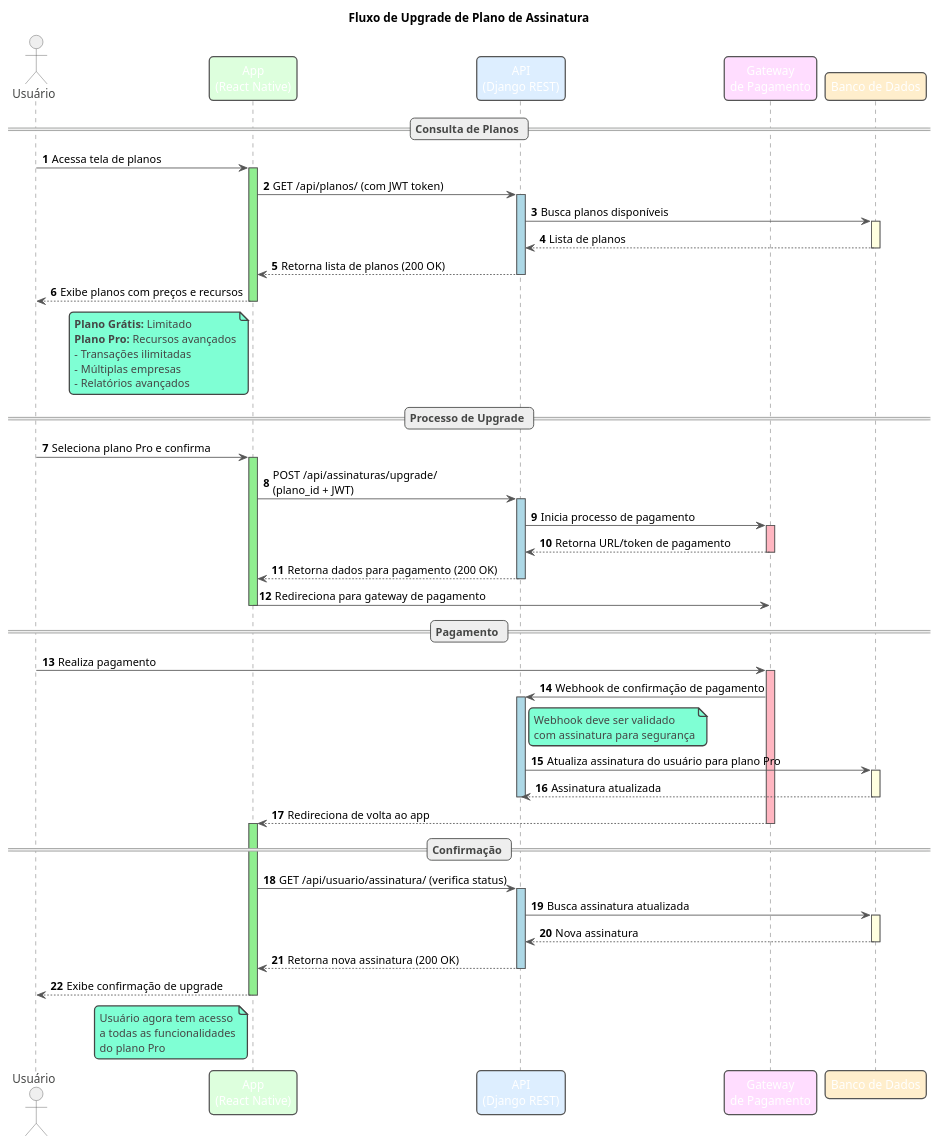
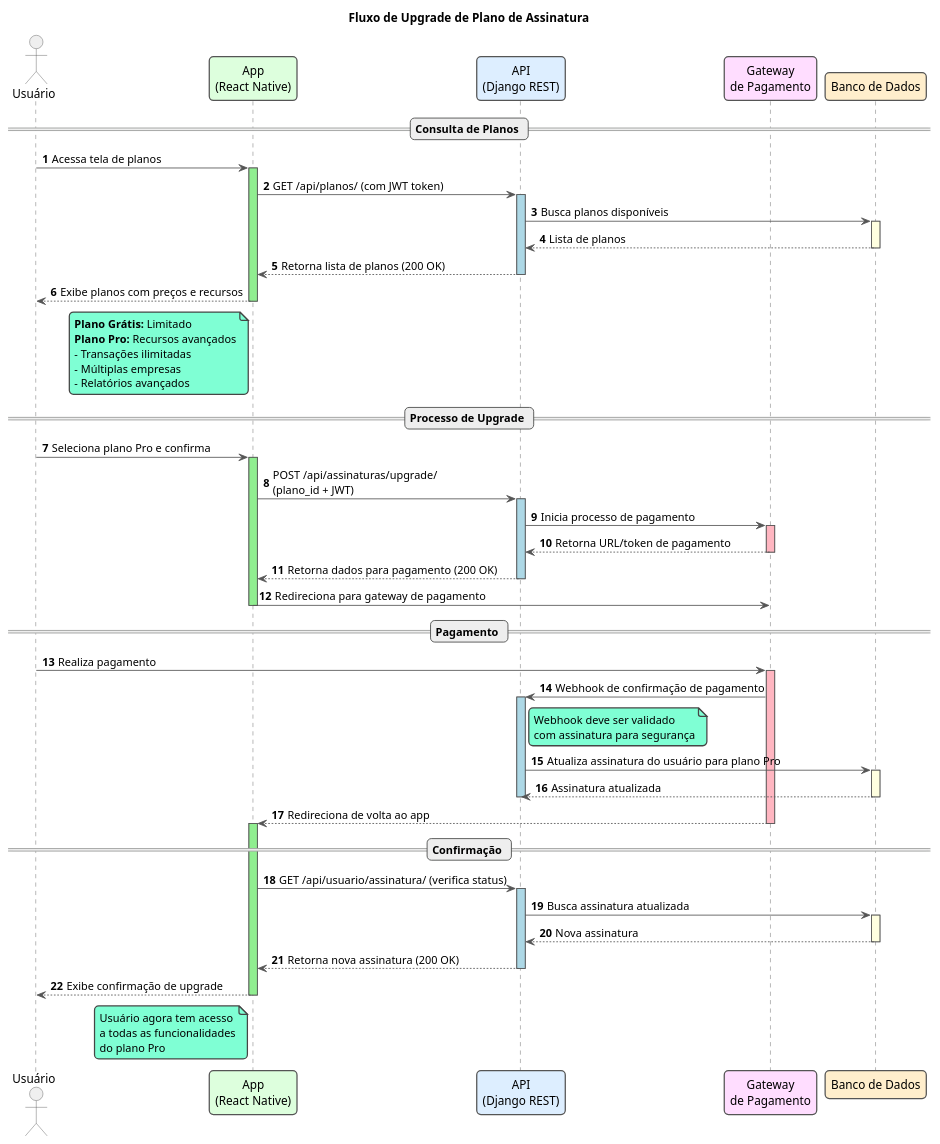
Before and after one commit to vinicius00franco/doc-es3-gestao-empresas-financeiro: the diagram in docs/sequence-diagrams/subscriptions/plan-upgrade.puml, drawn with PlantUML. The commit also changed 6 other files, not shown here.

Commit message:
Enhance database model and sequence diagrams with improved structure and visual clarity; add README for documentation.

```diff
--- a/docs/sequence-diagrams/subscriptions/plan-upgrade.puml
+++ b/docs/sequence-diagrams/subscriptions/plan-upgrade.puml
@@ -1,116 +1,121 @@
 @startuml
 ' Título do Diagrama
 title Fluxo de Upgrade de Plano de Assinatura
 
 ' Configurações de Aparência para um visual mais limpo e moderno
 !theme vibrant
 skinparam sequence {
     ArrowColor #555555
     ActorBorderColor #555555
     LifeLineBorderColor #555555
     ParticipantBorderColor #555555
     BoxBorderColor #555555
     
     ParticipantBackgroundColor #F8F8F8
     ActorBackgroundColor #EFEFEF
+    ParticipantFontColor #000000
+    ActorFontColor #000000
+    NoteFontColor #000000
+    FontColor #000000
 }
 skinparam roundcorner 10
 skinparam shadowing false
+skinparam defaultFontColor #000000
 autonumber
 
 ' Declaração dos Participantes com cores distintas para fácil identificação
 actor "Usuário" as User
 participant "App\n(React Native)" as App #DDFFDD
 participant "API\n(Django REST)" as API #DDEEFF
 participant "Gateway\nde Pagamento" as Payment #FFDDFF
 participant "Banco de Dados" as DB #FFEECC
 
 == Consulta de Planos ==
 
 User -> App: Acessa tela de planos
 activate App #lightgreen
 
 App -> API: GET /api/planos/ (com JWT token)
 activate API #lightblue
 
 API -> DB: Busca planos disponíveis
 activate DB #lightyellow
 DB --> API: Lista de planos
 deactivate DB
 
 API --> App: Retorna lista de planos (200 OK)
 deactivate API
 
 App --> User: Exibe planos com preços e recursos
 note left of App
     **Plano Grátis:** Limitado
     **Plano Pro:** Recursos avançados
     - Transações ilimitadas
     - Múltiplas empresas
     - Relatórios avançados
 end note
 deactivate App
 
 == Processo de Upgrade ==
 
 User -> App: Seleciona plano Pro e confirma
 activate App #lightgreen
 
 App -> API: POST /api/assinaturas/upgrade/\n(plano_id + JWT)
 activate API #lightblue
 
 API -> Payment: Inicia processo de pagamento
 activate Payment #lightpink
 Payment --> API: Retorna URL/token de pagamento
 deactivate Payment
 
 API --> App: Retorna dados para pagamento (200 OK)
 deactivate API
 
 App -> Payment: Redireciona para gateway de pagamento
 deactivate App
 
 == Pagamento ==
 
 User -> Payment: Realiza pagamento
 activate Payment #lightpink
 
 Payment -> API: Webhook de confirmação de pagamento
 activate API #lightblue
 note right of API
     Webhook deve ser validado
     com assinatura para segurança
 end note
 
 API -> DB: Atualiza assinatura do usuário para plano Pro
 activate DB #lightyellow
 DB --> API: Assinatura atualizada
 deactivate DB
 deactivate API
 
 Payment --> App: Redireciona de volta ao app
 deactivate Payment
 activate App #lightgreen
 
 == Confirmação ==
 
 App -> API: GET /api/usuario/assinatura/ (verifica status)
 activate API #lightblue
 
 API -> DB: Busca assinatura atualizada
 activate DB #lightyellow
 DB --> API: Nova assinatura
 deactivate DB
 
 API --> App: Retorna nova assinatura (200 OK)
 deactivate API
 
 App --> User: Exibe confirmação de upgrade
 note left of App
     Usuário agora tem acesso
     a todas as funcionalidades
     do plano Pro
 end note
 deactivate App
 
 @enduml
```
